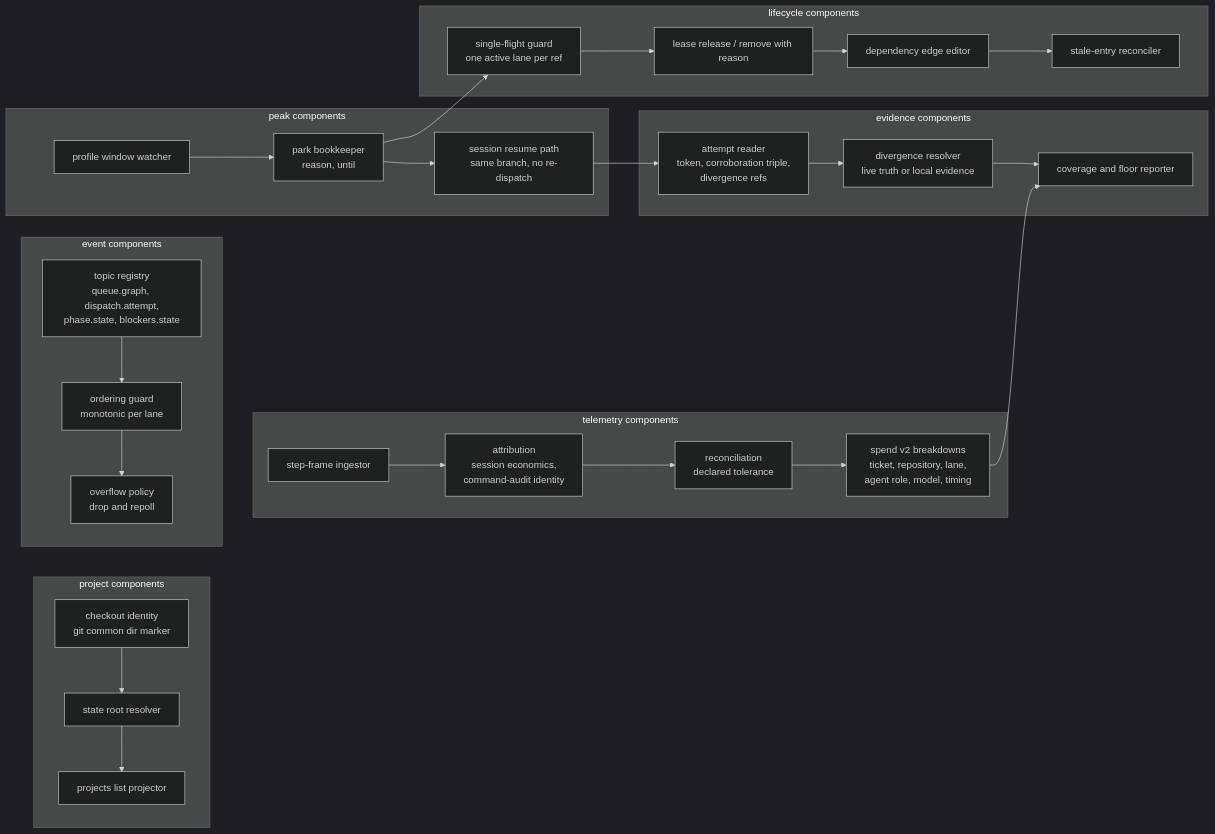
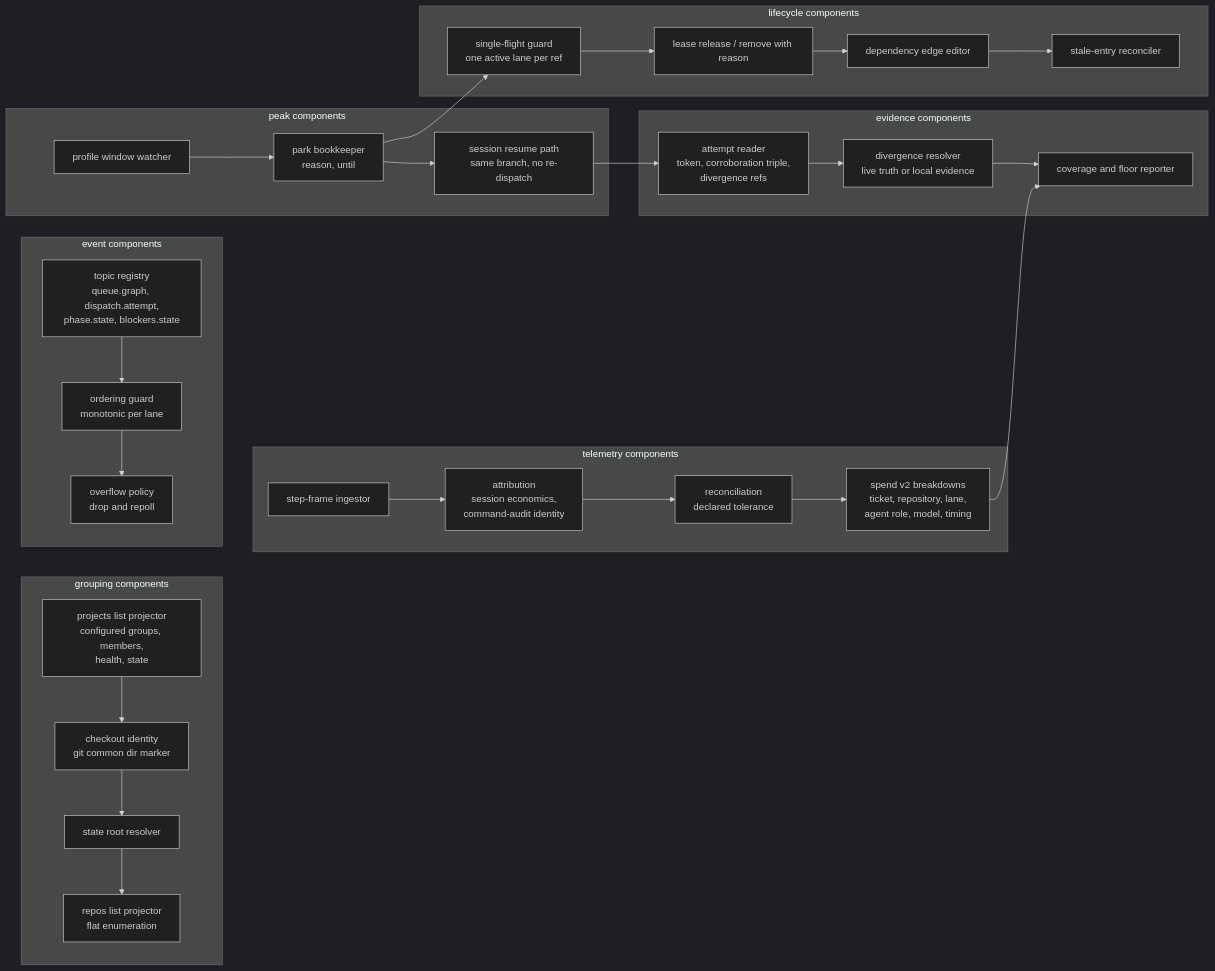
The third of 11 diagrams in doc/planning/oss-tooling/milestones/m2/architecture.md (juliusz-cwiakalski/agentic-delivery-os), drawn with Mermaid (dark theme) before and after one commit. The commit also changed other lines of this file and 2 other files, not shown here.

Commit message:
chore(GH-303): update doc/changes/2026-11/2026-11-11--GH-303--project-g…

````diff
--- a/doc/planning/oss-tooling/milestones/m2/architecture.md
+++ b/doc/planning/oss-tooling/milestones/m2/architecture.md
@@ -84,45 +105,47 @@
 ```mermaid
 flowchart LR
-    subgraph project [project components]
+    subgraph project [grouping components]
         IDENT[checkout identity<br/>git common dir marker]
         ROOT[state root resolver]
-        LIST[projects list projector]
+        LIST[repos list projector<br/>flat enumeration]
+        GROUP[projects list projector<br/>configured groups, members,<br/>health, state]
     end
     subgraph evidence [evidence components]
         ATTEMPT[attempt reader<br/>token, corroboration triple,<br/>divergence refs]
         RESOLVE[divergence resolver<br/>live truth or local evidence]
         FLOOR[coverage and floor reporter]
     end
     subgraph events [event components]
         TOPICS[topic registry<br/>queue.graph, dispatch.attempt,<br/>phase.state, blockers.state]
         ORDER[ordering guard<br/>monotonic per lane]
         OVER[overflow policy<br/>drop and repoll]
     end
     subgraph telemetry [telemetry components]
         INGEST[step-frame ingestor]
         ATTR[attribution<br/>session economics,<br/>command-audit identity]
         RECON[reconciliation<br/>declared tolerance]
         BREAK[spend v2 breakdowns<br/>ticket, repository, lane,<br/>agent role, model, timing]
     end
     subgraph lifecycle [lifecycle components]
         REL[lease release / remove with reason]
         DEP[dependency edge editor]
         SINGLE[single-flight guard<br/>one active lane per ref]
         STALE[stale-entry reconciler]
     end
     subgraph peak [peak components]
         WATCH[profile window watcher]
         PARK[park bookkeeper<br/>reason, until]
         RESUME[session resume path<br/>same branch, no re-dispatch]
     end
     IDENT --> ROOT --> LIST
+    GROUP --> IDENT
     ATTEMPT --> RESOLVE --> FLOOR
     TOPICS --> ORDER --> OVER
     INGEST --> ATTR --> RECON --> BREAK
     REL --> DEP --> STALE
     SINGLE --> REL
     WATCH --> PARK --> RESUME
     PARK --> SINGLE
     RESUME --> ATTEMPT
     BREAK --> FLOOR
 ```
````
